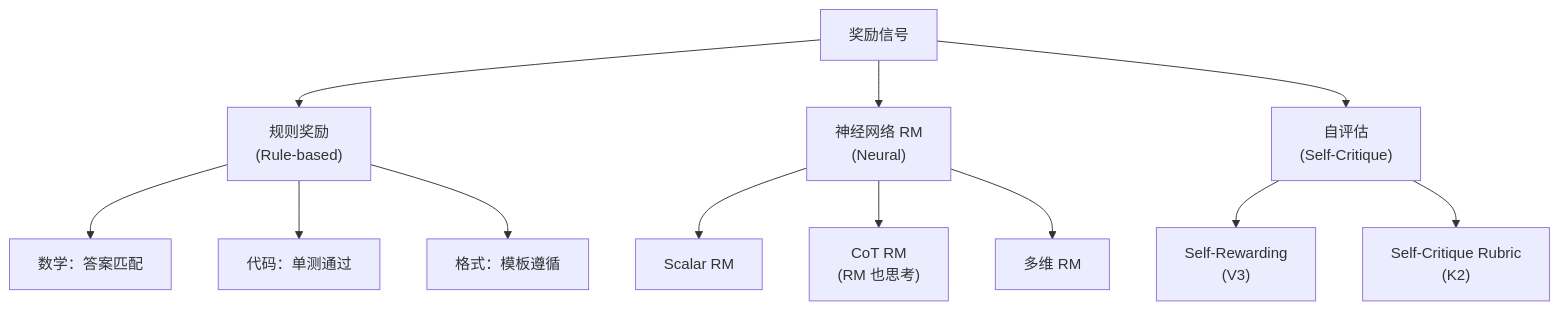
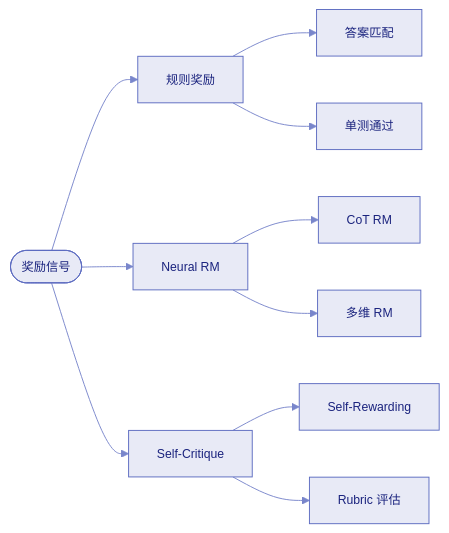
One commit to XavierZhang2002/agentic-rl-analysis changed the sixth of 8 diagrams in docs/post-training/ch2/2.9-data-engineering.md. Above: the diagram before and after it, drawn with Mermaid. The commit also changed other lines of this file and 1 other file, not shown here.

First line of the commit message:
style: 优化 Mermaid 图表视觉效果

````diff
--- a/docs/post-training/ch2/2.9-data-engineering.md
+++ b/docs/post-training/ch2/2.9-data-engineering.md
@@ -209,17 +216,8 @@
 ```mermaid
-flowchart TD
-    R["奖励信号"] --> Rule["规则奖励\n(Rule-based)"]
-    R --> Neural["神经网络 RM\n(Neural)"]
-    R --> Self["自评估\n(Self-Critique)"]
-
-    Rule --> Math["数学：答案匹配"]
-    Rule --> Code["代码：单测通过"]
-    Rule --> Format["格式：模板遵循"]
-
-    Neural --> ScalarRM["Scalar RM"]
-    Neural --> CoTRM["CoT RM\n(RM 也思考)"]
-    Neural --> MultiDim["多维 RM"]
-
-    Self --> SelfReward["Self-Rewarding\n(V3)"]
-    Self --> Rubric["Self-Critique Rubric\n(K2)"]
+%%{init: {'theme': 'base', 'themeVariables': {'primaryColor': '#e8eaf6', 'primaryTextColor': '#1a237e', 'primaryBorderColor': '#5c6bc0', 'lineColor': '#7986cb', 'secondaryColor': '#fff3e0', 'tertiaryColor': '#e0f2f1', 'fontFamily': 'Noto Sans SC, sans-serif', 'fontSize': '13px'}}}%%
+flowchart LR
+    R(["奖励信号"]) --> Rule["规则奖励"] & Neural["Neural RM"] & Self["Self-Critique"]
+    Rule --> Math["答案匹配"] & Code["单测通过"]
+    Neural --> CoTRM["CoT RM"] & MultiDim["多维 RM"]
+    Self --> SelfReward["Self-Rewarding"] & Rubric["Rubric 评估"]
 ```
````
